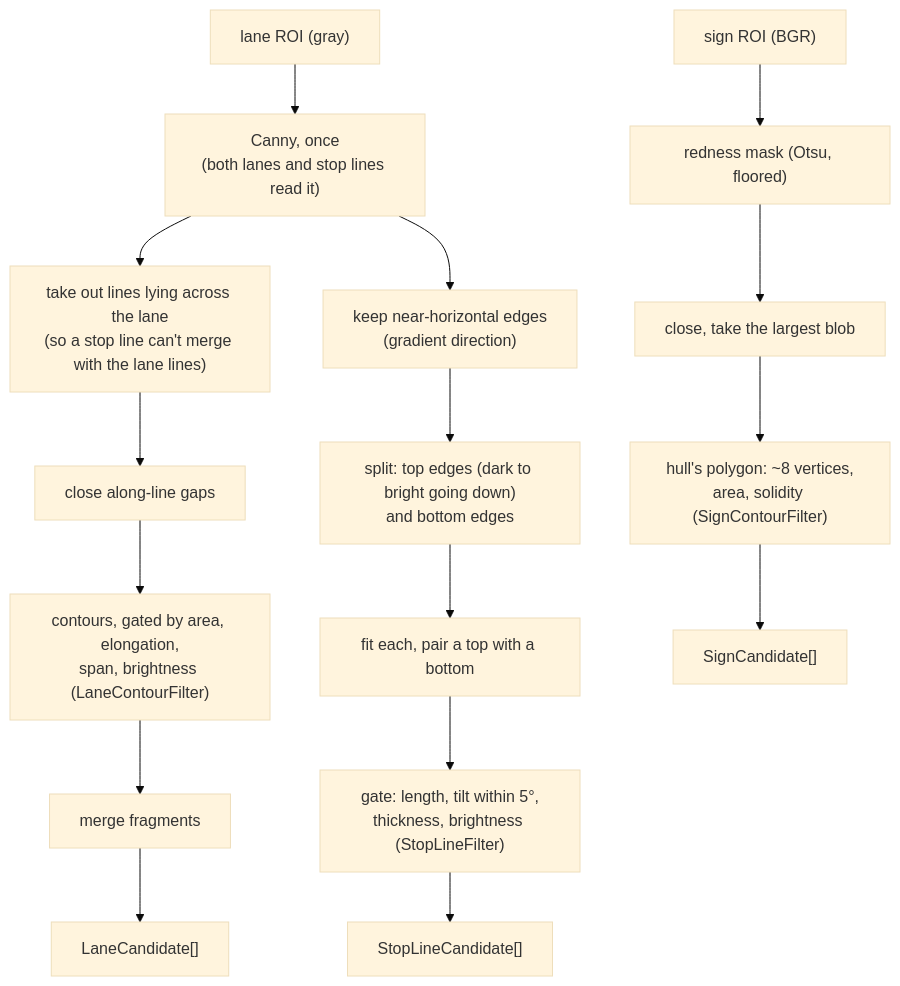
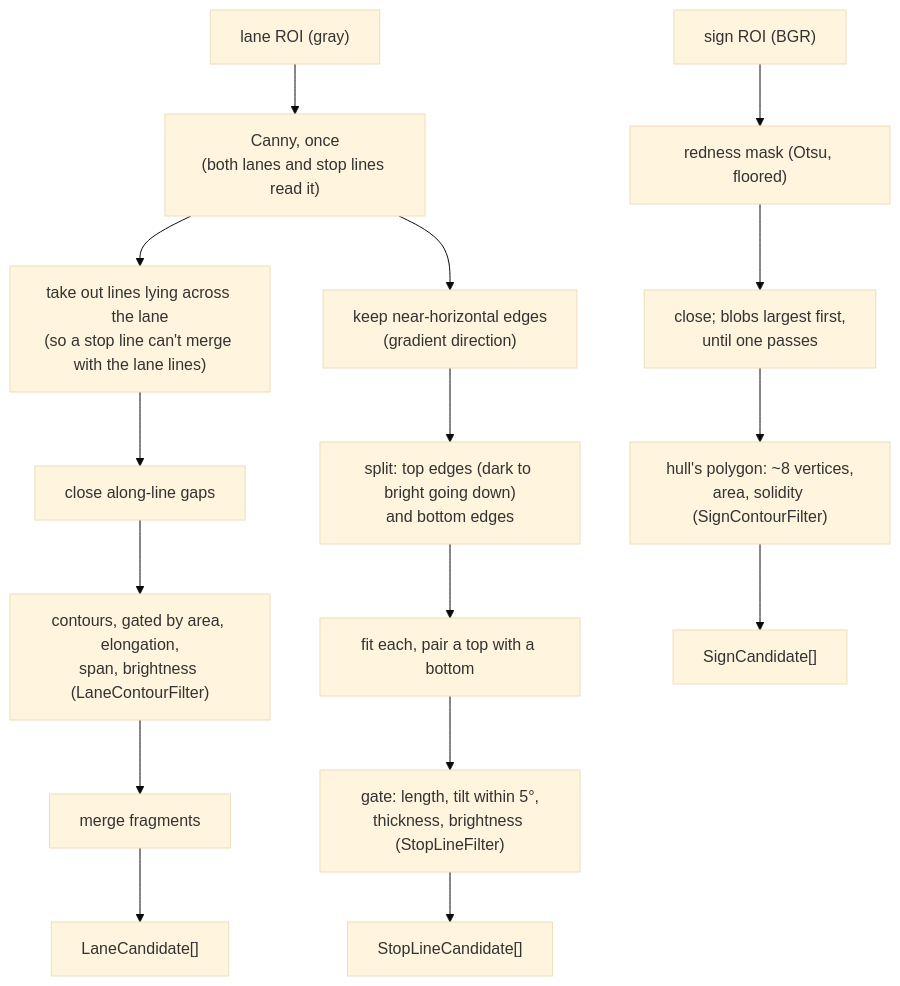
The eighth of 24 diagrams in vision_stack/docs/guides/system_maps.md (Simbyote/Navilott_Vision), drawn with Mermaid (base theme) before and after one commit. The commit also changed 6 other files, not shown here.

First line of the commit message:
Stop sign: gate the red blobs largest first until one passes

````diff
--- a/vision_stack/docs/guides/system_maps.md
+++ b/vision_stack/docs/guides/system_maps.md
@@ -254,21 +254,21 @@
 ```mermaid
 flowchart TB
     LR["lane ROI (gray)"] --> CAN["Canny, once<br/>(both lanes and stop lines read it)"]
 
     CAN --> L1["take out lines lying across the lane<br/>(so a stop line can't merge with the lane lines)"]
     L1 --> L2["close along-line gaps"]
     L2 --> L3["contours, gated by area, elongation,<br/>span, brightness (LaneContourFilter)"]
     L3 --> L4["merge fragments"]
     L4 --> LC["LaneCandidate[]"]
 
     CAN --> S1["keep near-horizontal edges<br/>(gradient direction)"]
     S1 --> S2["split: top edges (dark to bright going down)<br/>and bottom edges"]
     S2 --> S3["fit each, pair a top with a bottom"]
     S3 --> S4["gate: length, tilt within 5°,<br/>thickness, brightness (StopLineFilter)"]
     S4 --> SC["StopLineCandidate[]"]
 
     SG["sign ROI (BGR)"] --> G1["redness mask (Otsu, floored)"]
-    G1 --> G2["close, take the largest blob"]
+    G1 --> G2["close; blobs largest first,<br/>until one passes"]
     G2 --> G3["hull's polygon: ~8 vertices,<br/>area, solidity (SignContourFilter)"]
     G3 --> GC["SignCandidate[]"]
 ```
````
